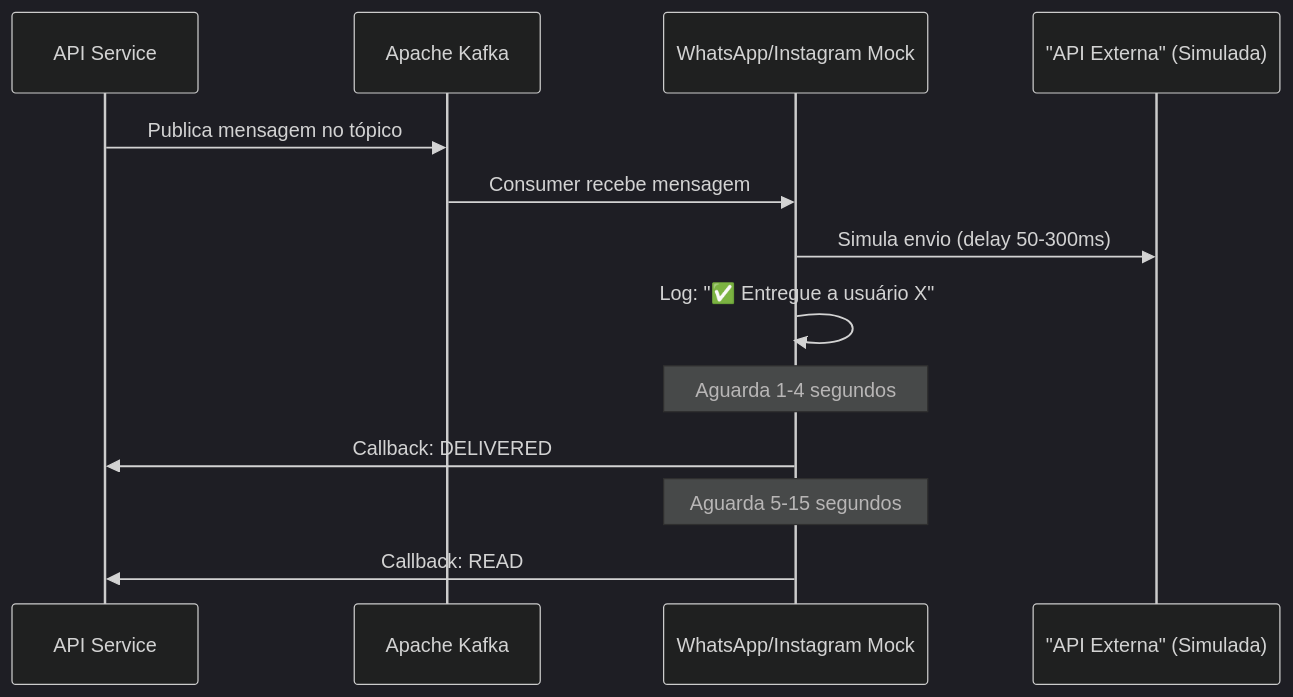
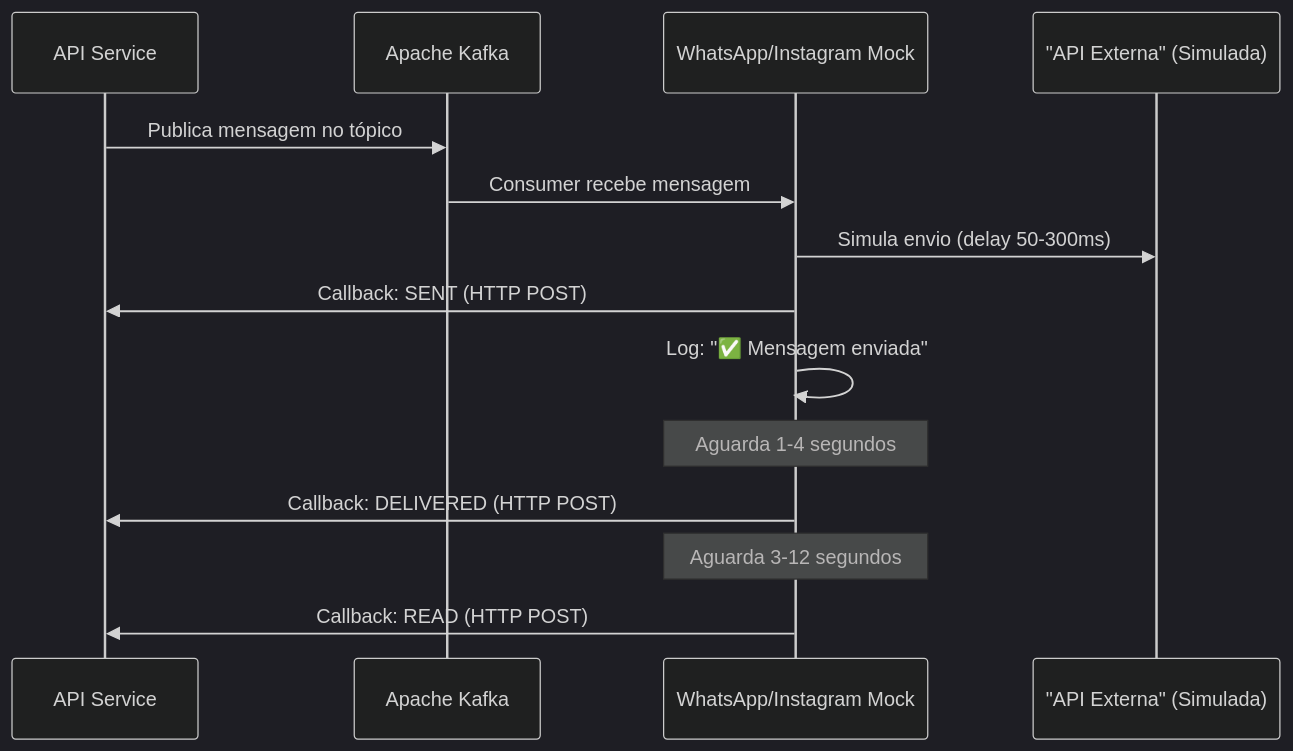
One commit to halysschreiner/chat4all changed the first of 2 diagrams in connectors/README.md. Above: the diagram before and after it, drawn with Mermaid (dark theme). The commit also changed other lines of this file and 64 other files, not shown here.

````diff
--- a/connectors/README.md
+++ b/connectors/README.md
@@ -48,18 +59,19 @@
 ```mermaid
 sequenceDiagram
     participant Backend as API Service
     participant Kafka as Apache Kafka
     participant Connector as WhatsApp/Instagram Mock
     participant External as "API Externa" (Simulada)
 
     Backend->>Kafka: Publica mensagem no tópico
     Kafka->>Connector: Consumer recebe mensagem
     Connector->>External: Simula envio (delay 50-300ms)
-    Connector->>Connector: Log: "✅ Entregue a usuário X"
+    Connector->>Backend: Callback: SENT (HTTP POST)
+    Connector->>Connector: Log: "✅ Mensagem enviada"
     
     Note over Connector: Aguarda 1-4 segundos
-    Connector->>Backend: Callback: DELIVERED
+    Connector->>Backend: Callback: DELIVERED (HTTP POST)
     
-    Note over Connector: Aguarda 5-15 segundos
-    Connector->>Backend: Callback: READ
+    Note over Connector: Aguarda 3-12 segundos
+    Connector->>Backend: Callback: READ (HTTP POST)
 ```
````
